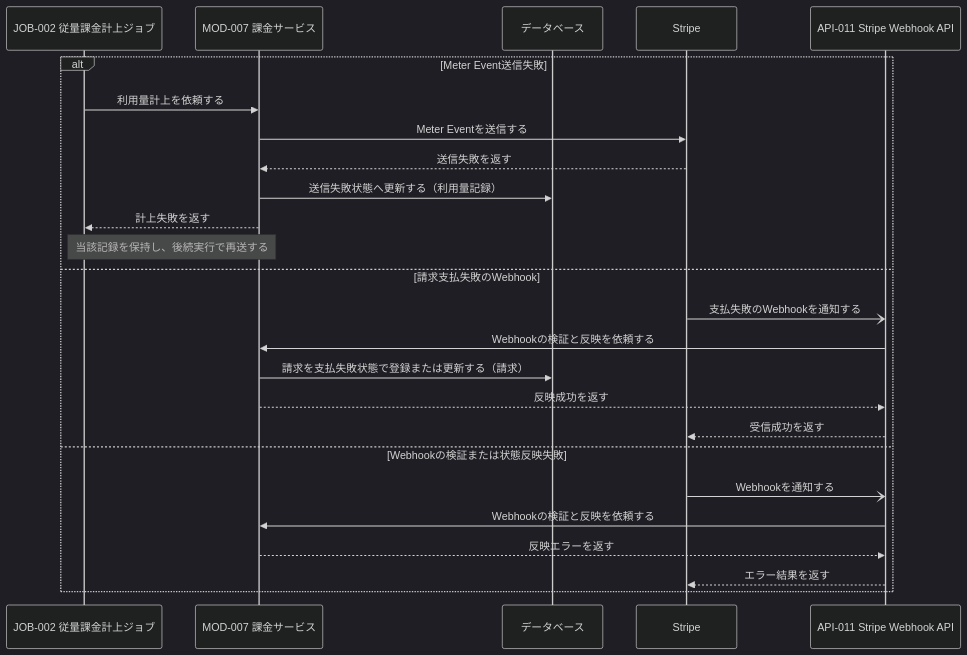
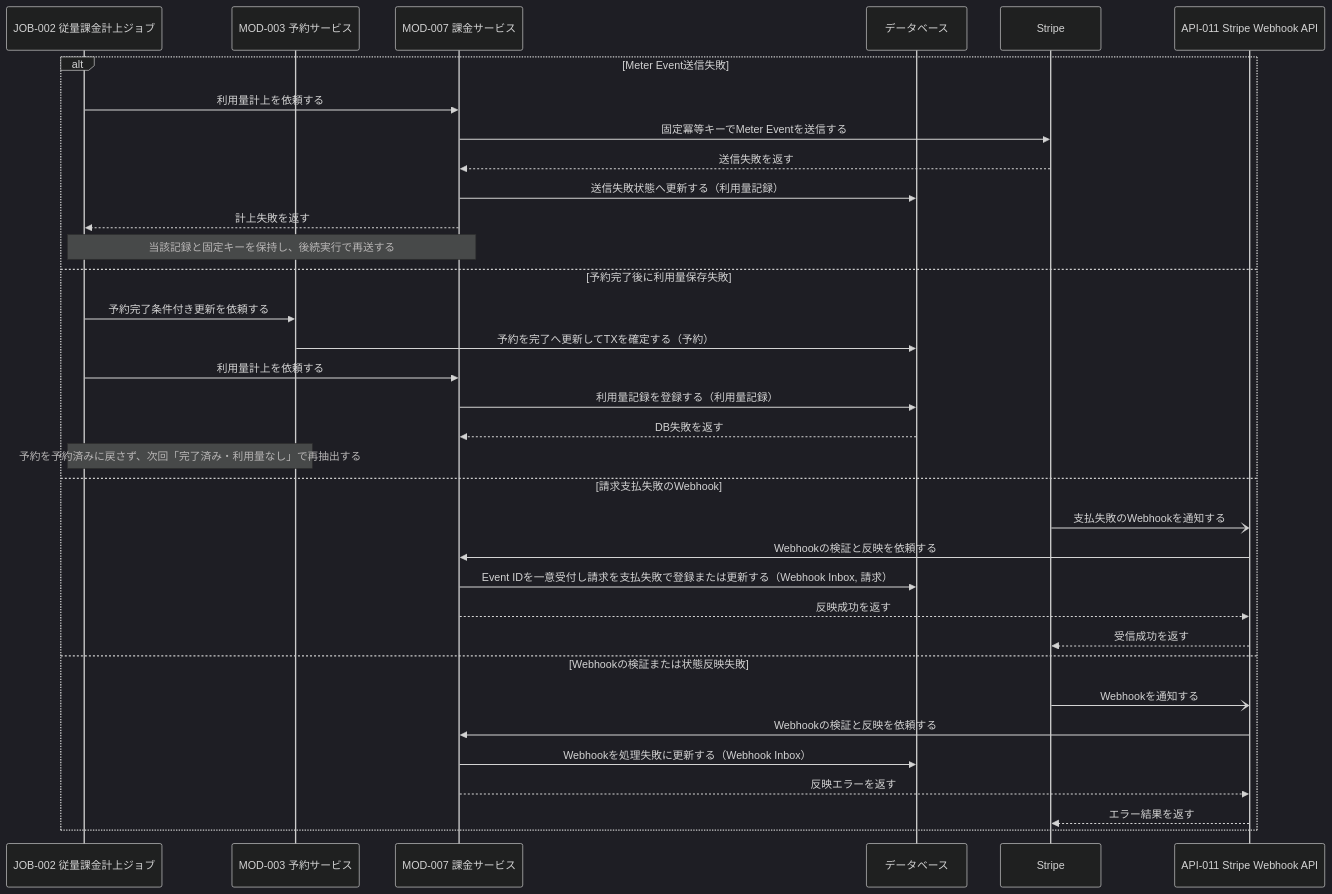
One commit to sikakou54/system-document-template changed the third of 3 diagrams in docs/03_機能設計/02_シーケンス設計/SEQ-003_利用量の従量課金計上シーケンス.md. Above: the diagram before and after it, drawn with Mermaid (dark theme). The commit also changed other lines of this file and 55 other files, not shown here.

````diff
--- a/docs/03_機能設計/02_シーケンス設計/SEQ-003_利用量の従量課金計上シーケンス.md
+++ b/docs/03_機能設計/02_シーケンス設計/SEQ-003_利用量の従量課金計上シーケンス.md
@@ -107,28 +114,37 @@
 ```mermaid
 sequenceDiagram
     participant JOB as JOB-002 従量課金計上ジョブ
-    participant MOD as MOD-007 課金サービス
+    participant RES as MOD-003 予約サービス
+    participant BILL as MOD-007 課金サービス
     participant DB as データベース
     participant STR as Stripe
     participant API as API-011 Stripe Webhook API
 
     alt Meter Event送信失敗
-        JOB->>MOD: 利用量計上を依頼する
-        MOD->>STR: Meter Eventを送信する
-        STR-->>MOD: 送信失敗を返す
-        MOD->>DB: 送信失敗状態へ更新する（利用量記録）
-        MOD-->>JOB: 計上失敗を返す
-        Note over JOB,MOD: 当該記録を保持し、後続実行で再送する
+        JOB->>BILL: 利用量計上を依頼する
+        BILL->>STR: 固定冪等キーでMeter Eventを送信する
+        STR-->>BILL: 送信失敗を返す
+        BILL->>DB: 送信失敗状態へ更新する（利用量記録）
+        BILL-->>JOB: 計上失敗を返す
+        Note over JOB,BILL: 当該記録と固定キーを保持し、後続実行で再送する
+    else 予約完了後に利用量保存失敗
+        JOB->>RES: 予約完了条件付き更新を依頼する
+        RES->>DB: 予約を完了へ更新してTXを確定する（予約）
+        JOB->>BILL: 利用量計上を依頼する
+        BILL->>DB: 利用量記録を登録する（利用量記録）
+        DB-->>BILL: DB失敗を返す
+        Note over JOB,RES: 予約を予約済みに戻さず、次回「完了済み・利用量なし」で再抽出する
     else 請求支払失敗のWebhook
         STR-)API: 支払失敗のWebhookを通知する
-        API->>MOD: Webhookの検証と反映を依頼する
-        MOD->>DB: 請求を支払失敗状態で登録または更新する（請求）
-        MOD-->>API: 反映成功を返す
+        API->>BILL: Webhookの検証と反映を依頼する
+        BILL->>DB: Event IDを一意受付し請求を支払失敗で登録または更新する（Webhook Inbox, 請求）
+        BILL-->>API: 反映成功を返す
         API-->>STR: 受信成功を返す
     else Webhookの検証または状態反映失敗
         STR-)API: Webhookを通知する
-        API->>MOD: Webhookの検証と反映を依頼する
-        MOD-->>API: 反映エラーを返す
+        API->>BILL: Webhookの検証と反映を依頼する
+        BILL->>DB: Webhookを処理失敗に更新する（Webhook Inbox）
+        BILL-->>API: 反映エラーを返す
         API-->>STR: エラー結果を返す
     end
 ```
````
